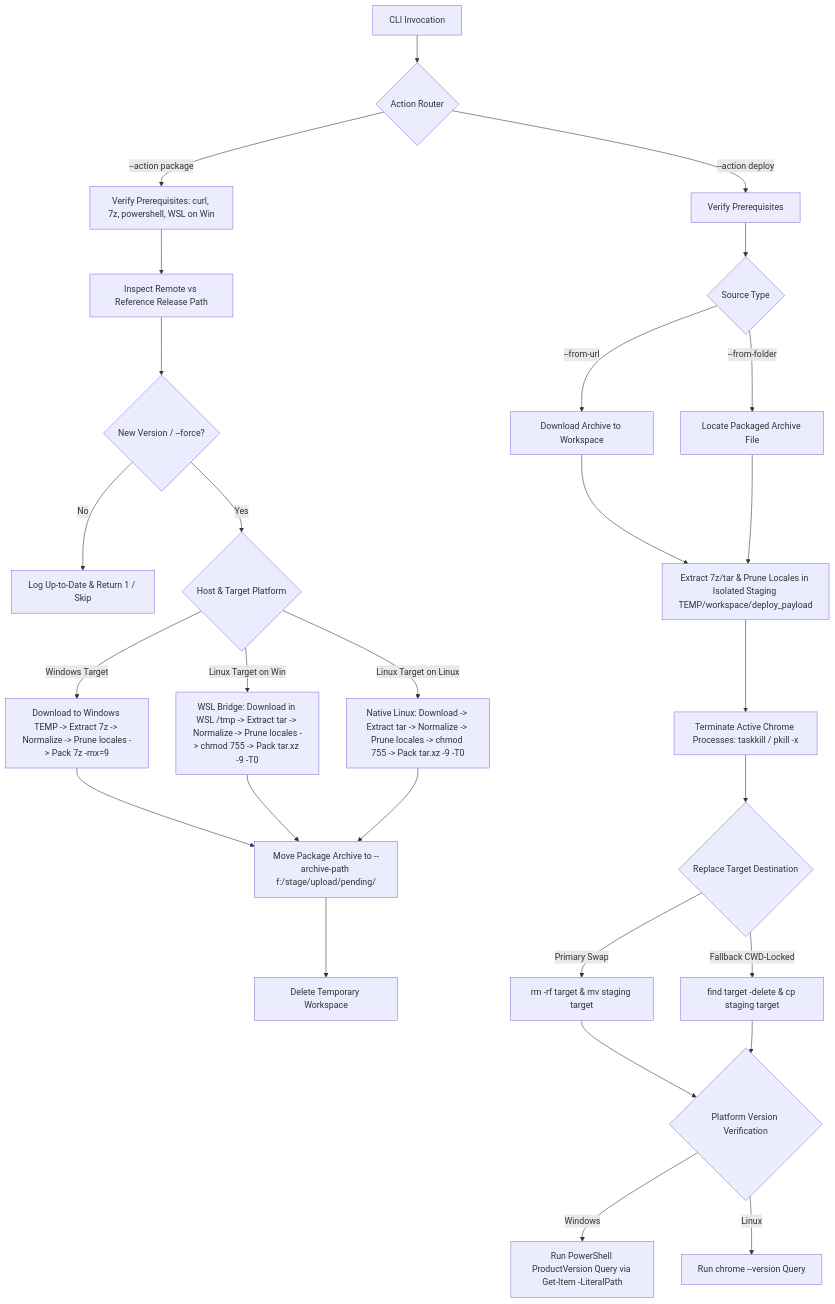
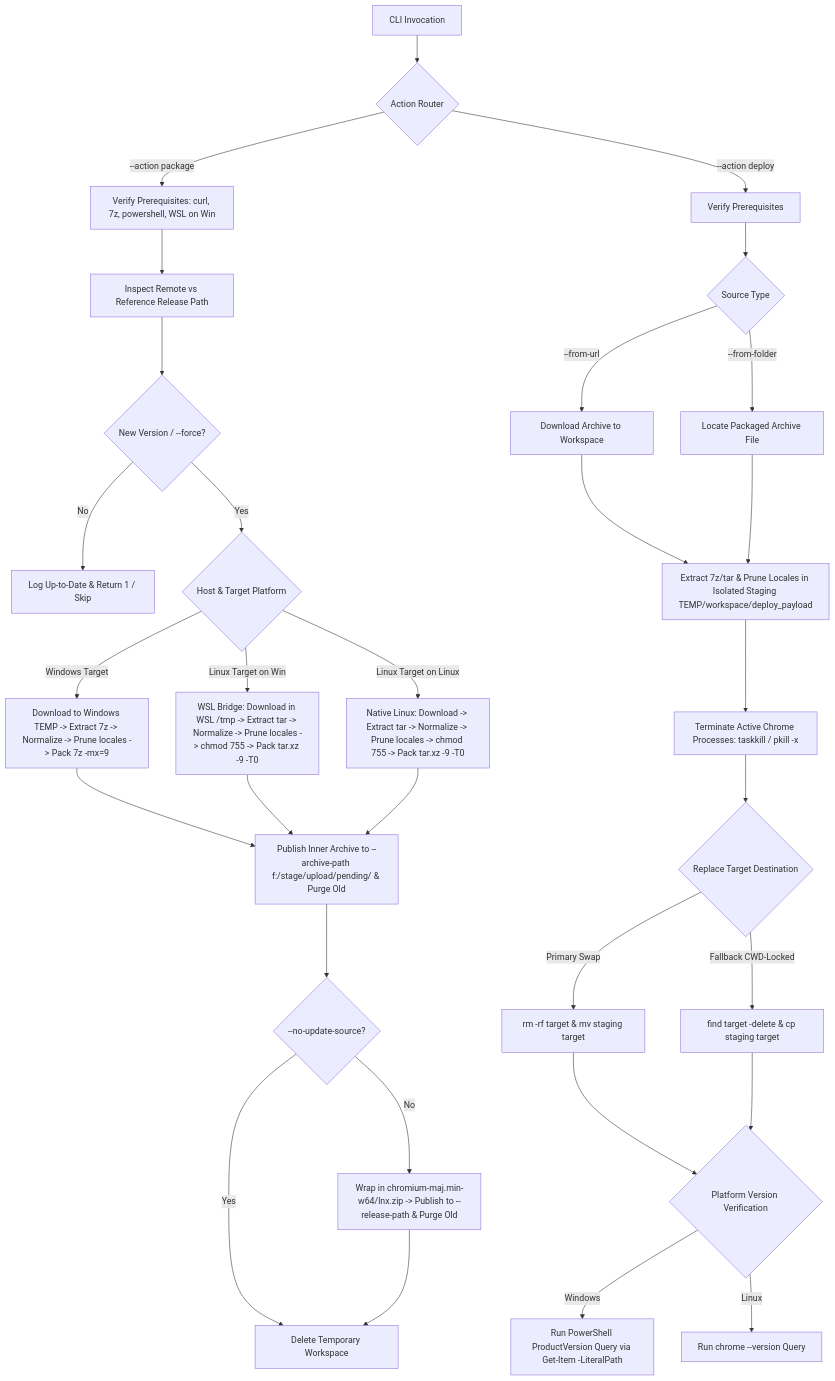
Before and after one commit to edsilegxrepo/devops: the diagram in build_tasks/chromium_upgrade_README.md, drawn with Mermaid. The commit also changed other lines of this file and 1 other file, not shown here.

First line of the commit message:
feat(chromium_upgrade): publish outer .zip envelopes to release library and add dry-run/no-update-source

````diff
--- a/build_tasks/chromium_upgrade_README.md
+++ b/build_tasks/chromium_upgrade_README.md
@@ -55,34 +59,37 @@
 ```mermaid
 graph TD
     A[CLI Invocation] --> B{Action Router}
     
     B -->|--action package| C[Verify Prerequisites: curl, 7z, powershell, WSL on Win]
     C --> D[Inspect Remote vs Reference Release Path]
     D --> E{New Version / --force?}
     E -->|No| F[Log Up-to-Date & Return 1 / Skip]
     E -->|Yes| G{Host & Target Platform}
     
     G -->|Windows Target| H[Download to Windows TEMP -> Extract 7z -> Normalize -> Prune locales -> Pack 7z -mx=9]
     G -->|Linux Target on Win| I[WSL Bridge: Download in WSL /tmp -> Extract tar -> Normalize -> Prune locales -> chmod 755 -> Pack tar.xz -9 -T0]
     G -->|Linux Target on Linux| J[Native Linux: Download -> Extract tar -> Normalize -> Prune locales -> chmod 755 -> Pack tar.xz -9 -T0]
     
-    H --> K[Move Package Archive to --archive-path f:/stage/upload/pending/]
+    H --> K[Publish Inner Archive to --archive-path f:/stage/upload/pending/ & Purge Old]
     I --> K
     J --> K
-    K --> L[Delete Temporary Workspace]
+    K --> K2{--no-update-source?}
+    K2 -->|No| K3[Wrap in chromium-maj.min-w64/lnx.zip -> Publish to --release-path & Purge Old]
+    K2 -->|Yes| L[Delete Temporary Workspace]
+    K3 --> L
 
     B -->|--action deploy| M[Verify Prerequisites]
     M --> N{Source Type}
     N -->|--from-url| O[Download Archive to Workspace]
     N -->|--from-folder| P[Locate Packaged Archive File]
     O --> Q[Extract 7z/tar & Prune Locales in Isolated Staging TEMP/workspace/deploy_payload]
     P --> Q
     Q --> R[Terminate Active Chrome Processes: taskkill / pkill -x]
     R --> S{Replace Target Destination}
     S -->|Primary Swap| T[rm -rf target & mv staging target]
     S -->|Fallback CWD-Locked| U[find target -delete & cp staging target]
     T --> V{Platform Version Verification}
     U --> V
     V -->|Windows| W[Run PowerShell ProductVersion Query via Get-Item -LiteralPath]
     V -->|Linux| X[Run chrome --version Query]
 ```
````
